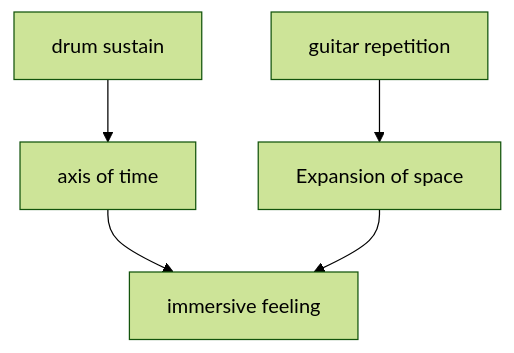
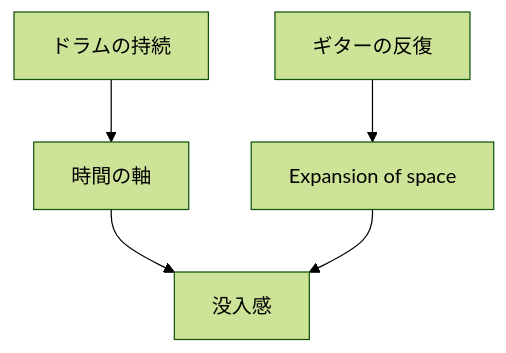
The second of 5 diagrams in en/_posts/2026-04-25-column-neu.md (monumental-movement/monumental-movement.github.io), drawn with Mermaid (forest theme) before and after one commit. The commit also changed other lines of this file and 2196 other files, not shown here.

```diff
--- a/en/_posts/2026-04-25-column-neu.md
+++ b/en/_posts/2026-04-25-column-neu.md
@@ -84,7 +84,7 @@
 <div class="mermaid">
 flowchart TD
-A[drum sustain] --> B[axis of time]
-C[guitar repetition] --> D[Expansion of space]
-B --> E[immersive feeling]
+A[ドラムの持続] --> B[時間の軸]
+C[ギターの反復] --> D[Expansion of space]
+B --> E[没入感]
 D --> E
 </div>
```
